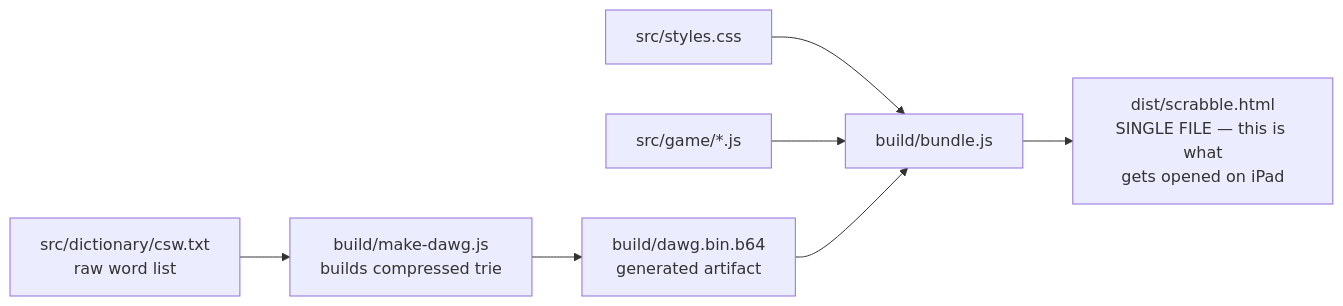
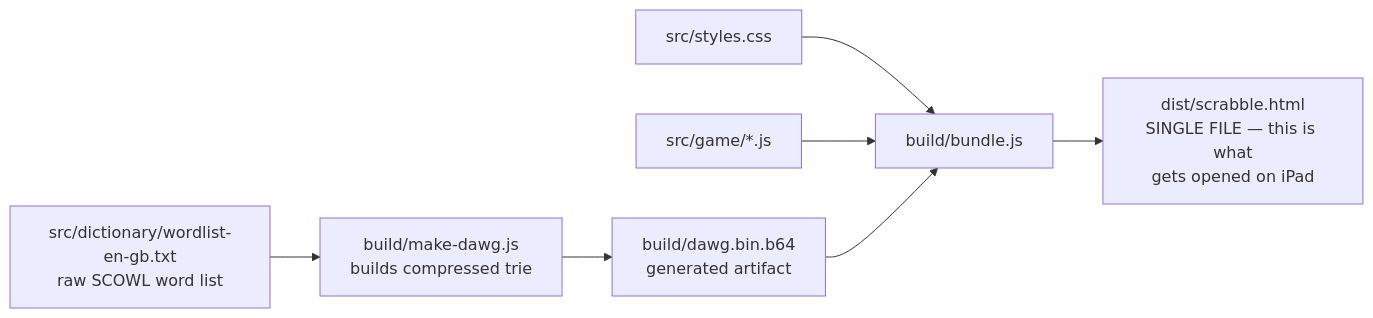
The first of 3 diagrams in .kiro/specs/scrabble-pass-and-play/design.md (ChrisWilliamson123/iOS-scrabble), drawn with Mermaid before and after one commit. The commit also changed other lines of this file and 5 other files, not shown here.

Commit message:
Source open-license SCOWL British English word list, replace CSW in specs

````diff
--- a/.kiro/specs/scrabble-pass-and-play/design.md
+++ b/.kiro/specs/scrabble-pass-and-play/design.md
@@ -18,9 +20,9 @@
 ```mermaid
 graph LR
-    A[src/dictionary/csw.txt<br/>raw word list] --> B[build/make-dawg.js<br/>builds compressed trie]
+    A[src/dictionary/wordlist-en-gb.txt<br/>raw SCOWL word list] --> B[build/make-dawg.js<br/>builds compressed trie]
     B --> C[build/dawg.bin.b64<br/>generated artifact]
     D[src/styles.css] --> E[build/bundle.js]
     F[src/game/*.js] --> E
     C --> E
     E --> G[dist/scrabble.html<br/>SINGLE FILE — this is what<br/>gets opened on iPad]
 ```
````
